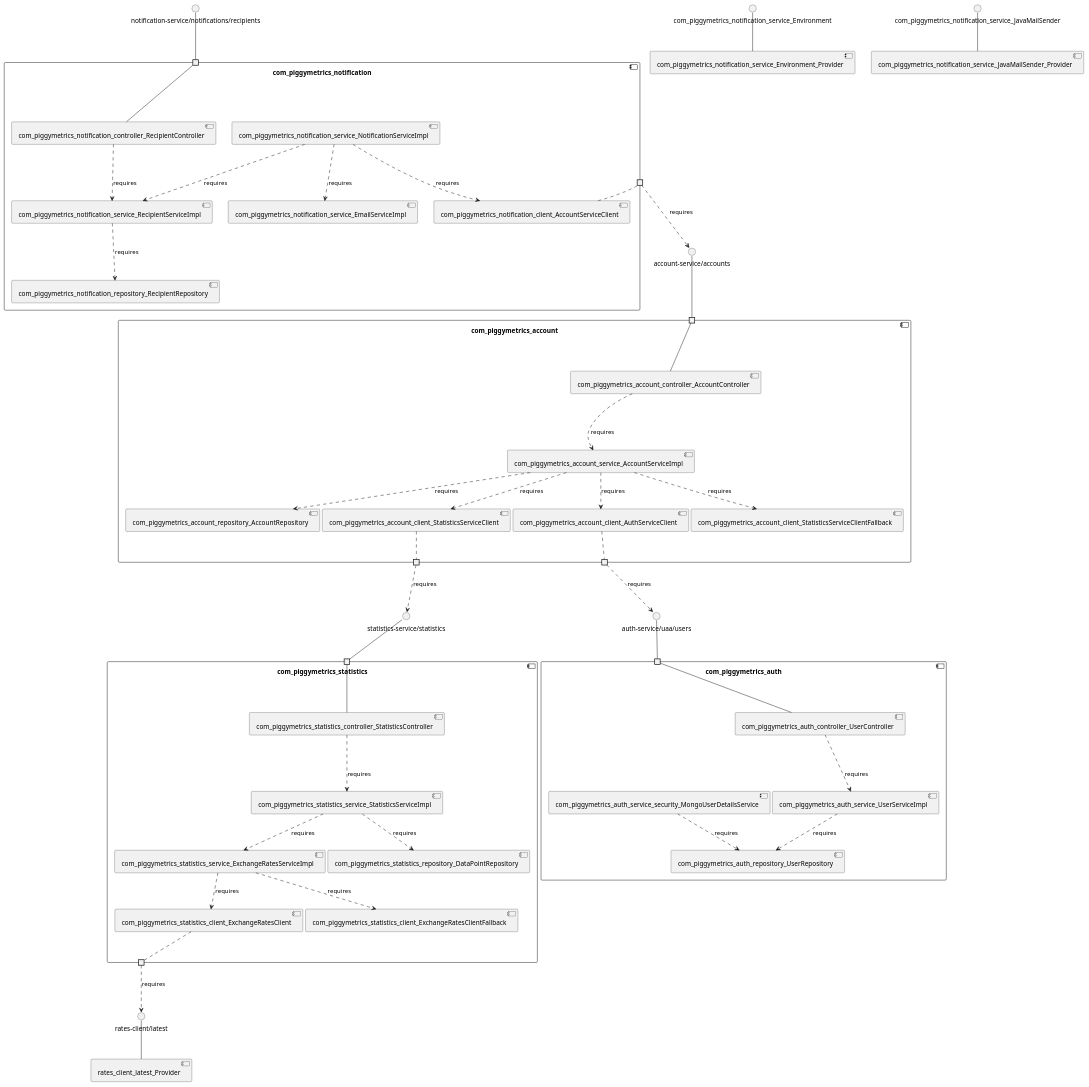
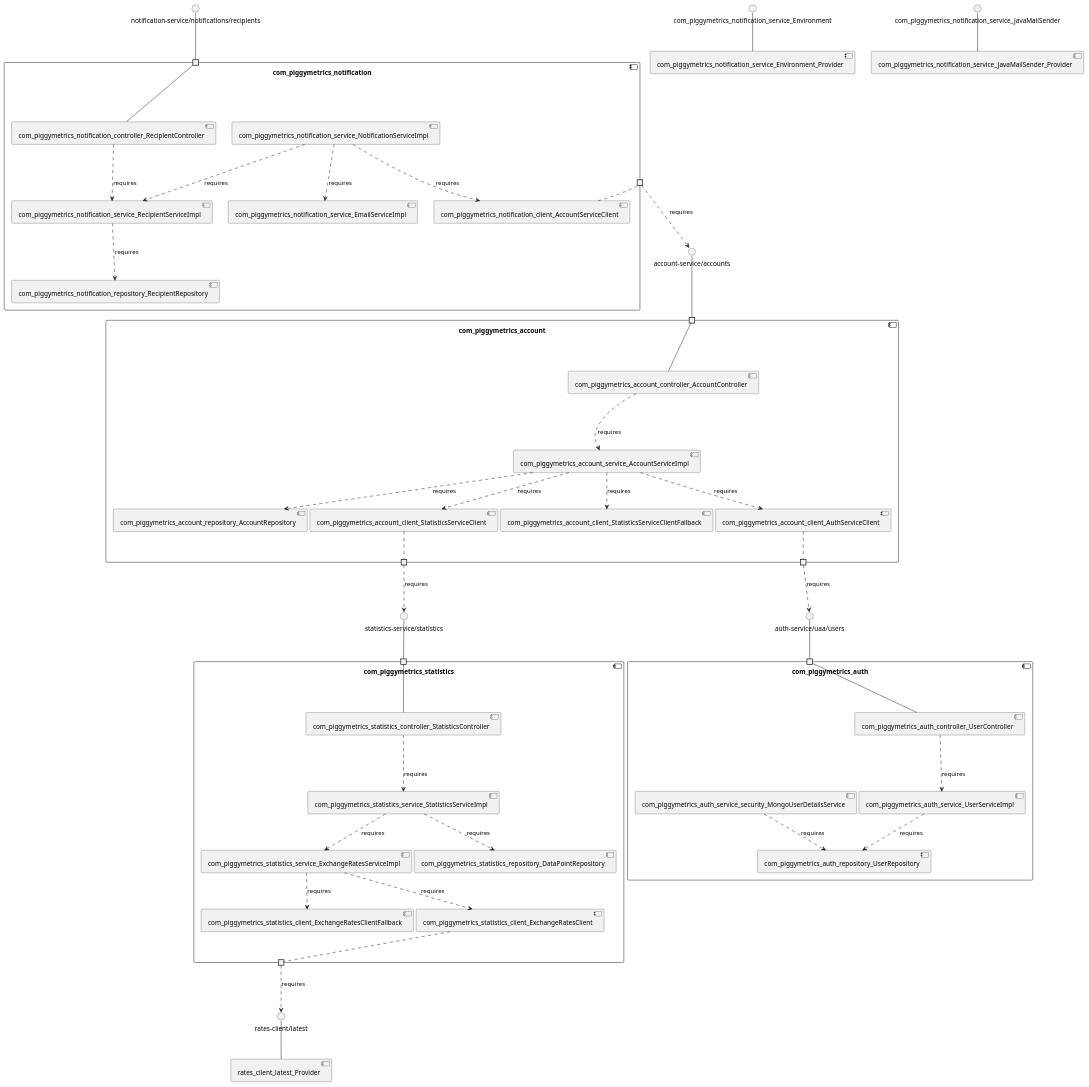
The diagram in sqshq-piggymetrics/model_re/uml/componentDiagram.puml (MSt-10/Palladio-ReverseEngineering-Benchmark), drawn with PlantUML before and after one commit. The commit also changed other lines of this file and 286 other files, not shown here.

```diff
--- a/sqshq-piggymetrics/model_re/uml/componentDiagram.puml
+++ b/sqshq-piggymetrics/model_re/uml/componentDiagram.puml
@@ -1,91 +1,91 @@
 @startuml
 skinparam fixCircleLabelOverlapping true
 skinparam componentStyle uml2
 component "com_piggymetrics_account\n\n\n\n\n\n" {
+[com_piggymetrics_account_client_AuthServiceClient]
 [com_piggymetrics_account_client_StatisticsServiceClientFallback]
+[com_piggymetrics_account_controller_AccountController]
+[com_piggymetrics_account_client_StatisticsServiceClient]
 [com_piggymetrics_account_service_AccountServiceImpl]
-[com_piggymetrics_account_controller_AccountController]
 [com_piggymetrics_account_repository_AccountRepository]
-[com_piggymetrics_account_client_StatisticsServiceClient]
-[com_piggymetrics_account_client_AuthServiceClient]
 portin " " as com_piggymetrics_account_requires_account_service_accounts
 portout " " as com_piggymetrics_account_provides_statistics_service_statistics
 portout " " as com_piggymetrics_account_provides_auth_service_uaa_users
+[com_piggymetrics_account_service_AccountServiceImpl]..>[com_piggymetrics_account_repository_AccountRepository] : requires
 [com_piggymetrics_account_controller_AccountController]..>[com_piggymetrics_account_service_AccountServiceImpl] : requires
 [com_piggymetrics_account_service_AccountServiceImpl]..>[com_piggymetrics_account_client_AuthServiceClient] : requires
+[com_piggymetrics_account_service_AccountServiceImpl]..>[com_piggymetrics_account_client_StatisticsServiceClient] : requires
 [com_piggymetrics_account_service_AccountServiceImpl]..>[com_piggymetrics_account_client_StatisticsServiceClientFallback] : requires
-[com_piggymetrics_account_service_AccountServiceImpl]..>[com_piggymetrics_account_client_StatisticsServiceClient] : requires
-[com_piggymetrics_account_service_AccountServiceImpl]..>[com_piggymetrics_account_repository_AccountRepository] : requires
 "com_piggymetrics_account_requires_account_service_accounts"--[com_piggymetrics_account_controller_AccountController]
+[com_piggymetrics_account_client_AuthServiceClient].."com_piggymetrics_account_provides_auth_service_uaa_users"
 [com_piggymetrics_account_client_StatisticsServiceClient].."com_piggymetrics_account_provides_statistics_service_statistics"
-[com_piggymetrics_account_client_AuthServiceClient].."com_piggymetrics_account_provides_auth_service_uaa_users"
 }
 interface "account-service/accounts" as interface.account_service_accounts
 interface.account_service_accounts--"com_piggymetrics_account_requires_account_service_accounts"
 interface "auth-service/uaa/users" as interface.auth_service_uaa_users
 "com_piggymetrics_account_provides_auth_service_uaa_users"..>interface.auth_service_uaa_users : requires
 interface "statistics-service/statistics" as interface.statistics_service_statistics
 "com_piggymetrics_account_provides_statistics_service_statistics"..>interface.statistics_service_statistics : requires
 component "com_piggymetrics_auth\n\n\n\n\n\n" {
+[com_piggymetrics_auth_repository_UserRepository]
 [com_piggymetrics_auth_service_security_MongoUserDetailsService]
+[com_piggymetrics_auth_controller_UserController]
 [com_piggymetrics_auth_service_UserServiceImpl]
-[com_piggymetrics_auth_controller_UserController]
-[com_piggymetrics_auth_repository_UserRepository]
 portin " " as com_piggymetrics_auth_requires_auth_service_uaa_users
+[com_piggymetrics_auth_service_security_MongoUserDetailsService]..>[com_piggymetrics_auth_repository_UserRepository] : requires
+[com_piggymetrics_auth_service_UserServiceImpl]..>[com_piggymetrics_auth_repository_UserRepository] : requires
 [com_piggymetrics_auth_controller_UserController]..>[com_piggymetrics_auth_service_UserServiceImpl] : requires
-[com_piggymetrics_auth_service_UserServiceImpl]..>[com_piggymetrics_auth_repository_UserRepository] : requires
-[com_piggymetrics_auth_service_security_MongoUserDetailsService]..>[com_piggymetrics_auth_repository_UserRepository] : requires
 "com_piggymetrics_auth_requires_auth_service_uaa_users"--[com_piggymetrics_auth_controller_UserController]
 }
 interface "auth-service/uaa/users" as interface.auth_service_uaa_users
 interface.auth_service_uaa_users--"com_piggymetrics_auth_requires_auth_service_uaa_users"
 component "com_piggymetrics_notification\n\n\n\n\n\n" {
+[com_piggymetrics_notification_controller_RecipientController]
+[com_piggymetrics_notification_service_NotificationServiceImpl]
 [com_piggymetrics_notification_service_EmailServiceImpl]
+[com_piggymetrics_notification_service_RecipientServiceImpl]
 [com_piggymetrics_notification_client_AccountServiceClient]
 [com_piggymetrics_notification_repository_RecipientRepository]
-[com_piggymetrics_notification_service_RecipientServiceImpl]
-[com_piggymetrics_notification_service_NotificationServiceImpl]
-[com_piggymetrics_notification_controller_RecipientController]
 portin " " as com_piggymetrics_notification_requires_notification_service_notifications_recipients
 portout " " as com_piggymetrics_notification_provides_account_service_accounts
-[com_piggymetrics_notification_service_NotificationServiceImpl]..>[com_piggymetrics_notification_service_RecipientServiceImpl] : requires
+[com_piggymetrics_notification_controller_RecipientController]..>[com_piggymetrics_notification_service_RecipientServiceImpl] : requires
 [com_piggymetrics_notification_service_RecipientServiceImpl]..>[com_piggymetrics_notification_repository_RecipientRepository] : requires
-[com_piggymetrics_notification_controller_RecipientController]..>[com_piggymetrics_notification_service_RecipientServiceImpl] : requires
 [com_piggymetrics_notification_service_NotificationServiceImpl]..>[com_piggymetrics_notification_service_EmailServiceImpl] : requires
 [com_piggymetrics_notification_service_NotificationServiceImpl]..>[com_piggymetrics_notification_client_AccountServiceClient] : requires
+[com_piggymetrics_notification_service_NotificationServiceImpl]..>[com_piggymetrics_notification_service_RecipientServiceImpl] : requires
 "com_piggymetrics_notification_requires_notification_service_notifications_recipients"--[com_piggymetrics_notification_controller_RecipientController]
 [com_piggymetrics_notification_client_AccountServiceClient].."com_piggymetrics_notification_provides_account_service_accounts"
 }
 interface "notification-service/notifications/recipients" as interface.notification_service_notifications_recipients
 interface.notification_service_notifications_recipients--"com_piggymetrics_notification_requires_notification_service_notifications_recipients"
 interface "account-service/accounts" as interface.account_service_accounts
 "com_piggymetrics_notification_provides_account_service_accounts"..>interface.account_service_accounts : requires
 component "com_piggymetrics_statistics\n\n\n\n\n\n" {
+[com_piggymetrics_statistics_controller_StatisticsController]
+[com_piggymetrics_statistics_service_StatisticsServiceImpl]
+[com_piggymetrics_statistics_repository_DataPointRepository]
+[com_piggymetrics_statistics_service_ExchangeRatesServiceImpl]
+[com_piggymetrics_statistics_client_ExchangeRatesClient]
 [com_piggymetrics_statistics_client_ExchangeRatesClientFallback]
-[com_piggymetrics_statistics_client_ExchangeRatesClient]
-[com_piggymetrics_statistics_repository_DataPointRepository]
-[com_piggymetrics_statistics_controller_StatisticsController]
-[com_piggymetrics_statistics_service_ExchangeRatesServiceImpl]
-[com_piggymetrics_statistics_service_StatisticsServiceImpl]
 portin " " as com_piggymetrics_statistics_requires_statistics_service_statistics
 portout " " as com_piggymetrics_statistics_provides_rates_client_latest
+[com_piggymetrics_statistics_service_StatisticsServiceImpl]..>[com_piggymetrics_statistics_repository_DataPointRepository] : requires
+[com_piggymetrics_statistics_controller_StatisticsController]..>[com_piggymetrics_statistics_service_StatisticsServiceImpl] : requires
+[com_piggymetrics_statistics_service_ExchangeRatesServiceImpl]..>[com_piggymetrics_statistics_client_ExchangeRatesClient] : requires
 [com_piggymetrics_statistics_service_StatisticsServiceImpl]..>[com_piggymetrics_statistics_service_ExchangeRatesServiceImpl] : requires
-[com_piggymetrics_statistics_service_ExchangeRatesServiceImpl]..>[com_piggymetrics_statistics_client_ExchangeRatesClient] : requires
-[com_piggymetrics_statistics_service_StatisticsServiceImpl]..>[com_piggymetrics_statistics_repository_DataPointRepository] : requires
 [com_piggymetrics_statistics_service_ExchangeRatesServiceImpl]..>[com_piggymetrics_statistics_client_ExchangeRatesClientFallback] : requires
-[com_piggymetrics_statistics_controller_StatisticsController]..>[com_piggymetrics_statistics_service_StatisticsServiceImpl] : requires
 "com_piggymetrics_statistics_requires_statistics_service_statistics"--[com_piggymetrics_statistics_controller_StatisticsController]
 [com_piggymetrics_statistics_client_ExchangeRatesClient].."com_piggymetrics_statistics_provides_rates_client_latest"
 }
 interface "statistics-service/statistics" as interface.statistics_service_statistics
 interface.statistics_service_statistics--"com_piggymetrics_statistics_requires_statistics_service_statistics"
 interface "rates-client/latest" as interface.rates_client_latest
 "com_piggymetrics_statistics_provides_rates_client_latest"..>interface.rates_client_latest : requires
 interface "com_piggymetrics_notification_service_Environment" as interface.com_piggymetrics_notification_service_Environment
 interface.com_piggymetrics_notification_service_Environment--[com_piggymetrics_notification_service_Environment_Provider]
 interface "com_piggymetrics_notification_service_JavaMailSender" as interface.com_piggymetrics_notification_service_JavaMailSender
 interface.com_piggymetrics_notification_service_JavaMailSender--[com_piggymetrics_notification_service_JavaMailSender_Provider]
 interface "rates-client/latest" as interface.rates_client_latest
 interface.rates_client_latest--[rates_client_latest_Provider]
 
 @enduml
```
